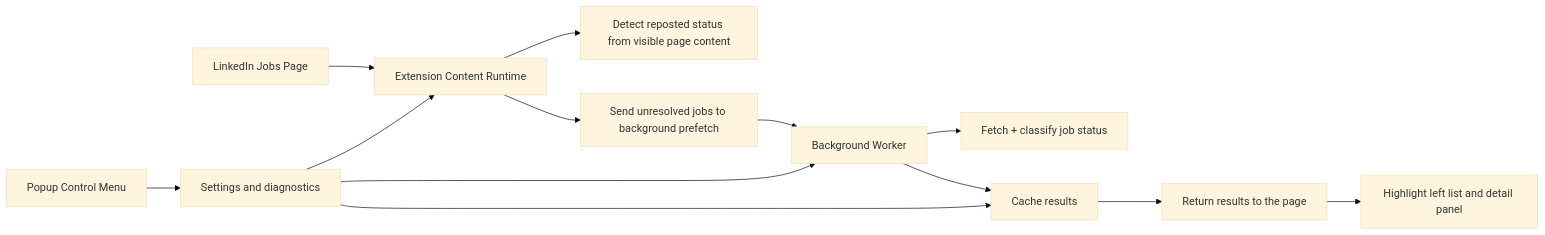
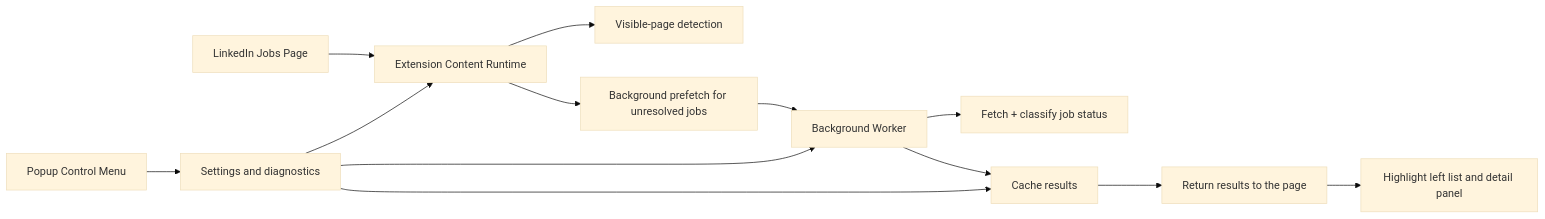
One commit to pinkpig777/reposted-marker changed the diagram in README.md. Above: the diagram before and after it, drawn with Mermaid (base theme).

Commit message:
Refine high-level README flow chart

````diff
--- a/README.md
+++ b/README.md
@@ -19,18 +19,18 @@
 ```mermaid
 flowchart LR
   A["LinkedIn Jobs Page"] --> B["Extension Content Runtime"]
-  B --> C["Detect reposted status from visible page content"]
-  B --> D["Send unresolved jobs to background prefetch"]
+  B --> C["Visible-page detection"]
+  B --> D["Background prefetch for unresolved jobs"]
 
   D --> E["Background Worker"]
   E --> F["Fetch + classify job status"]
   E --> G["Cache results"]
 
   G --> H["Return results to the page"]
   H --> I["Highlight left list and detail panel"]
 
   J["Popup Control Menu"] --> K["Settings and diagnostics"]
   K --> B
   K --> E
   K --> G
 ```
````
